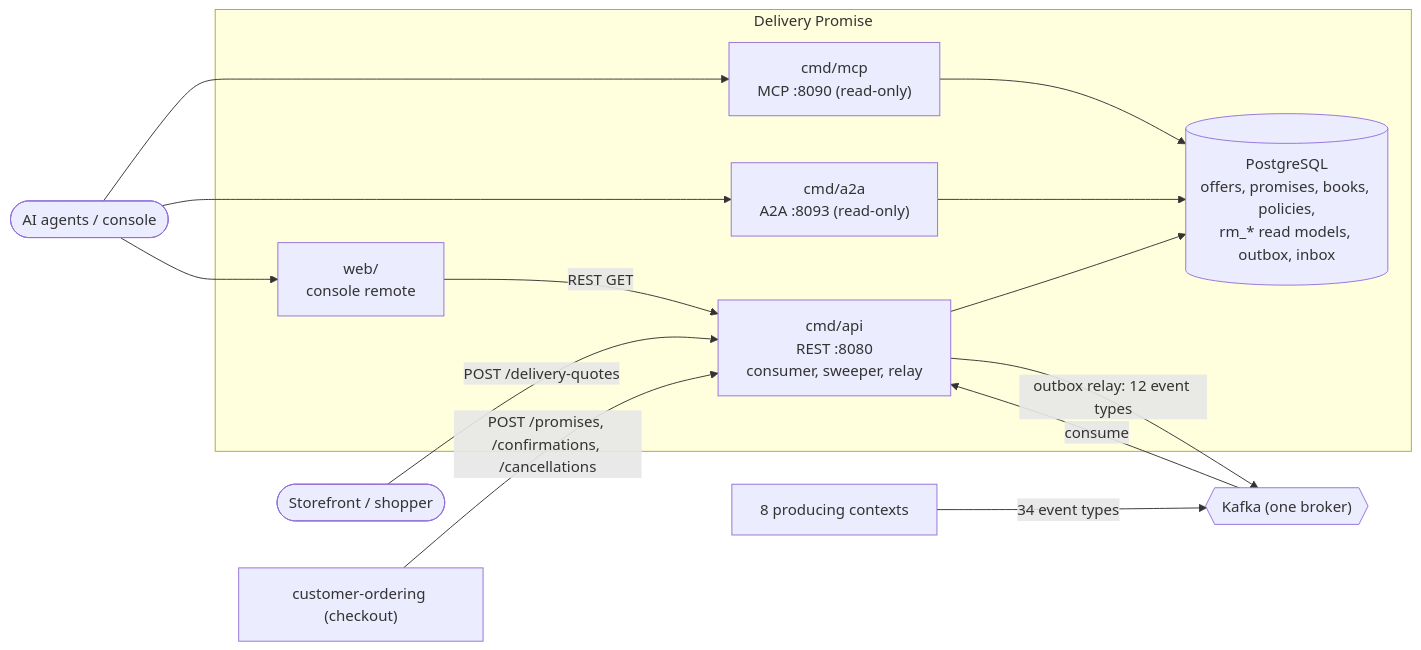
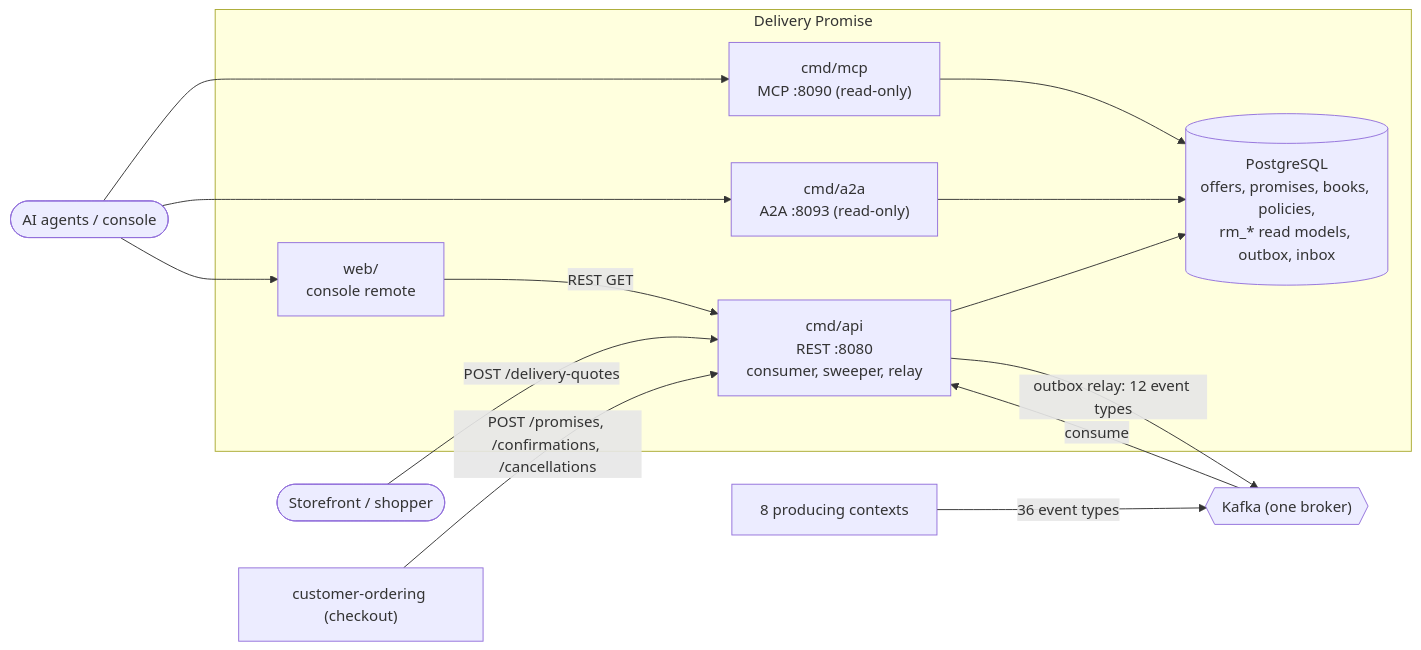
Before and after one commit to IQVO/delivery-promise: the diagram in docs/docs/overview/architecture.md, drawn with Mermaid. The commit also changed 40 other files, not shown here.

````diff
--- a/docs/docs/overview/architecture.md
+++ b/docs/docs/overview/architecture.md
@@ -62,30 +62,30 @@
 ```mermaid
 flowchart LR
   shopper(["Storefront / shopper"])
   checkout["customer-ordering (checkout)"]
   agents(["AI agents / console"])
 
   subgraph dp["Delivery Promise"]
     api["cmd/api<br/>REST :8080<br/>consumer, sweeper, relay"]
     mcp["cmd/mcp<br/>MCP :8090 (read-only)"]
     a2a["cmd/a2a<br/>A2A :8093 (read-only)"]
     web["web/<br/>console remote"]
     db[("PostgreSQL<br/>offers, promises, books, policies,<br/>rm_* read models, outbox, inbox")]
   end
 
   kafka{{"Kafka (one broker)"}}
   producers["8 producing contexts"]
 
   shopper -->|"POST /delivery-quotes"| api
   checkout -->|"POST /promises, /confirmations, /cancellations"| api
   agents --> mcp
   agents --> a2a
   agents --> web
   web -->|"REST GET"| api
   api --> db
   mcp --> db
   a2a --> db
-  producers -->|"34 event types"| kafka
+  producers -->|"36 event types"| kafka
   kafka -->|"consume"| api
   api -->|"outbox relay: 12 event types"| kafka
 ```
````
